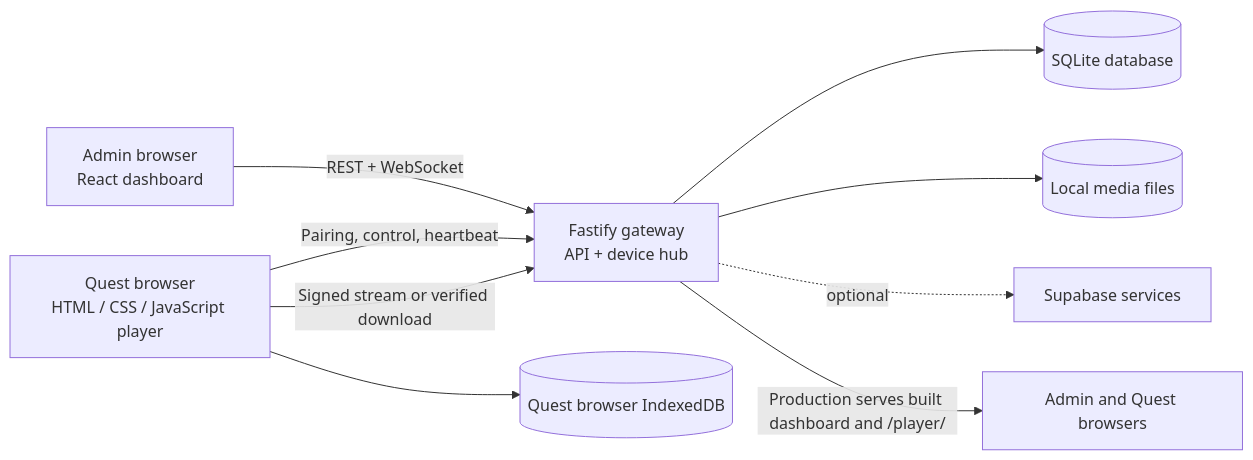
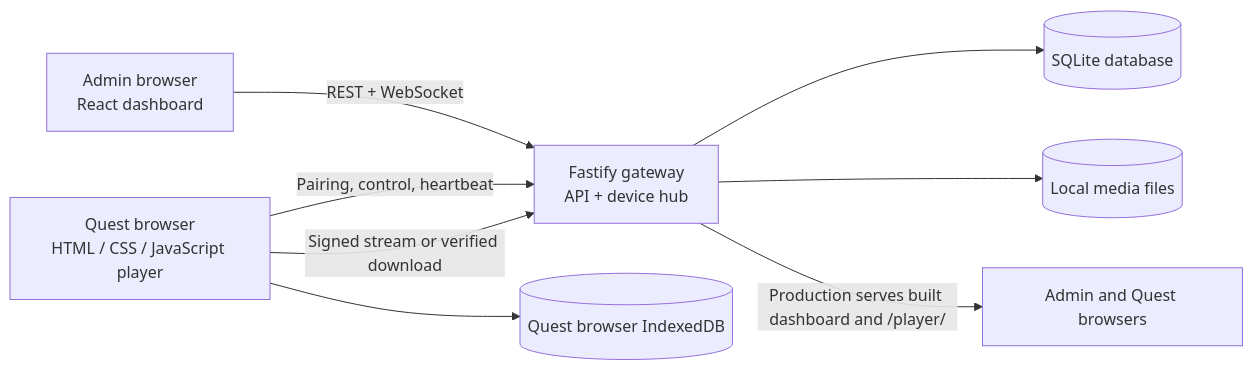
One commit to nandhakumar-developer/metaquest-vr changed the first of 2 diagrams in README.md. Above: the diagram before and after it, drawn with Mermaid. The commit also changed other lines of this file and 32 other files, not shown here.

````diff
--- a/README.md
+++ b/README.md
@@ -23,11 +23,10 @@
 ```mermaid
 flowchart LR
   Admin["Admin browser<br/>React dashboard"] -->|REST + WebSocket| Gateway["Fastify gateway<br/>API + device hub"]
   Quest["Quest browser<br/>HTML / CSS / JavaScript player"] -->|Pairing, control, heartbeat| Gateway
   Quest -->|Signed stream or verified download| Gateway
   Quest --> Offline[(Quest browser IndexedDB)]
   Gateway --> DB[(SQLite database)]
   Gateway --> Files[(Local media files)]
-  Gateway -. optional .-> Supabase[Supabase services]
   Gateway -->|Production serves built dashboard and /player/| Browsers[Admin and Quest browsers]
 ```
````
